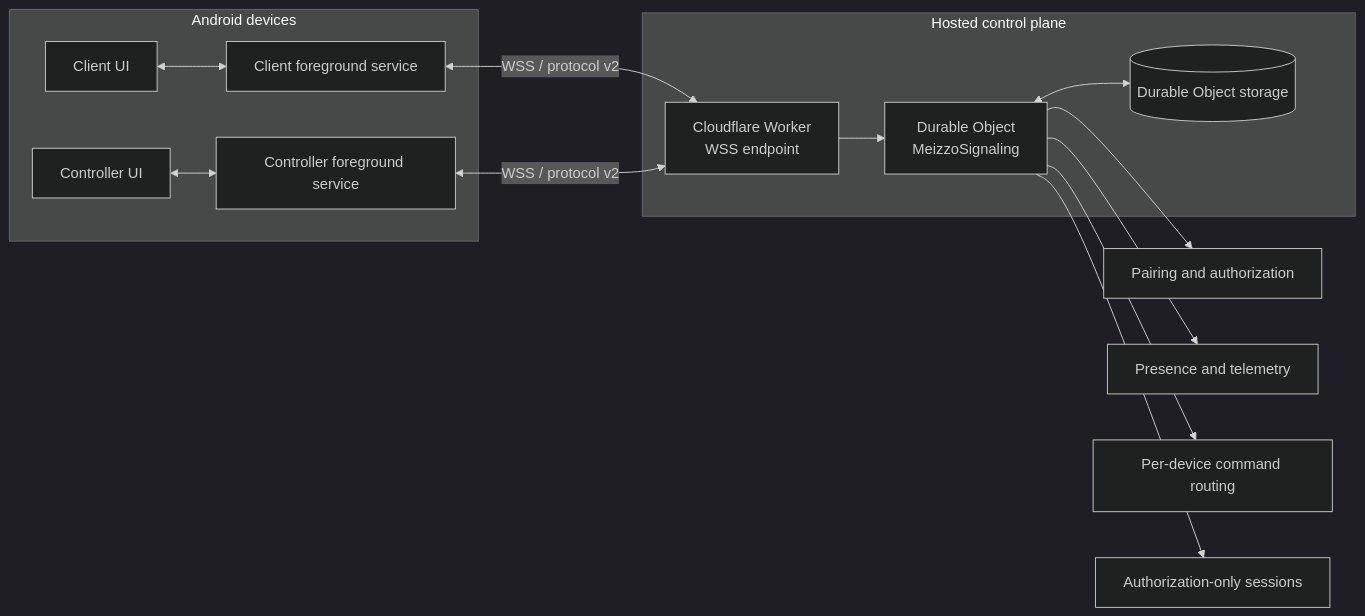
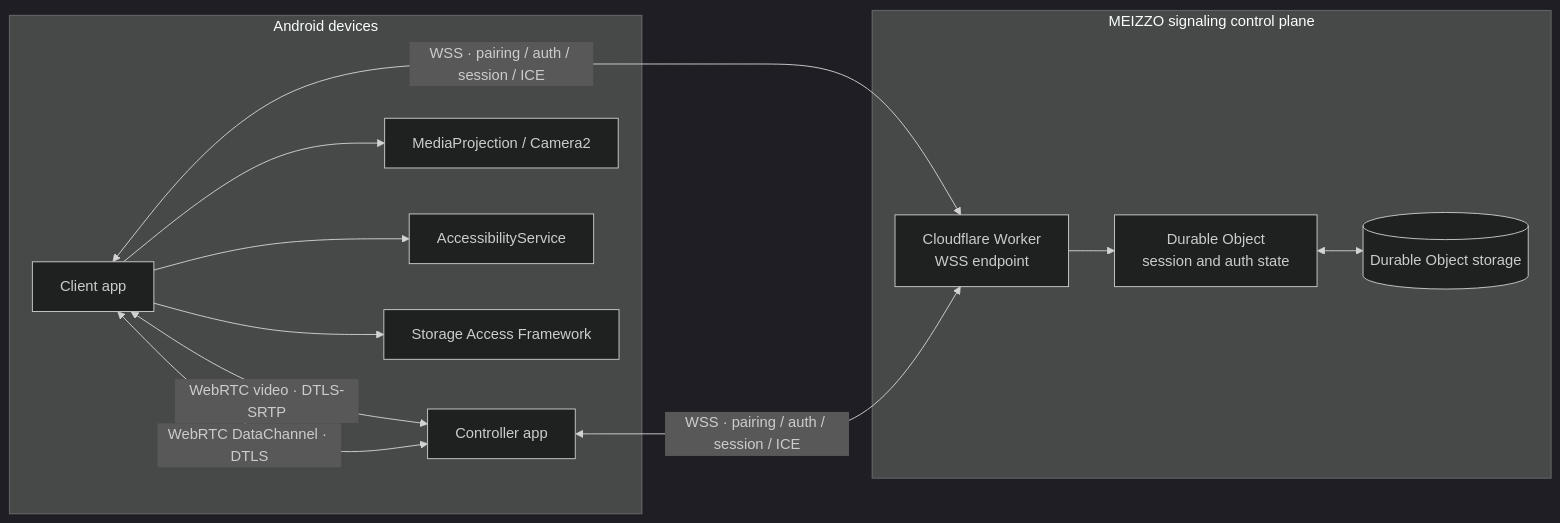
The diagram in docs/architecture.md (rakhan17/Meizzo), drawn with Mermaid (dark theme) before and after one commit. The commit also changed other lines of this file and 16 other files, not shown here.

````diff
--- a/docs/architecture.md
+++ b/docs/architecture.md
@@ -21,26 +23,26 @@
 ```mermaid
 flowchart LR
   subgraph Android["Android devices"]
-    C[Client UI]
-    CS[Client foreground service]
-    O[Controller UI]
-    OS[Controller foreground service]
-    C <--> CS
-    O <--> OS
+    C[Client app]
+    O[Controller app]
+    MP[MediaProjection / Camera2]
+    AS[AccessibilityService]
+    SAF[Storage Access Framework]
+    C --> MP
+    C --> AS
+    C --> SAF
   end
 
-  subgraph Hosted["Hosted control plane"]
+  subgraph Hosted["MEIZZO signaling control plane"]
     W[Cloudflare Worker<br/>WSS endpoint]
-    DO[Durable Object<br/>MeizzoSignaling]
+    DO[Durable Object<br/>session and auth state]
     DB[(Durable Object storage)]
     W --> DO
     DO <--> DB
   end
 
-  CS <-->|WSS / protocol v2| W
-  OS <-->|WSS / protocol v2| W
-  DO --> F[Pairing and authorization]
-  DO --> P[Presence and telemetry]
-  DO --> R[Per-device command routing]
-  DO --> S[Authorization-only sessions]
+  C <-->|WSS · pairing / auth / session / ICE| W
+  O <-->|WSS · pairing / auth / session / ICE| W
+  C <-->|WebRTC video · DTLS-SRTP| O
+  C <-->|WebRTC DataChannel · DTLS| O
 ```
````
